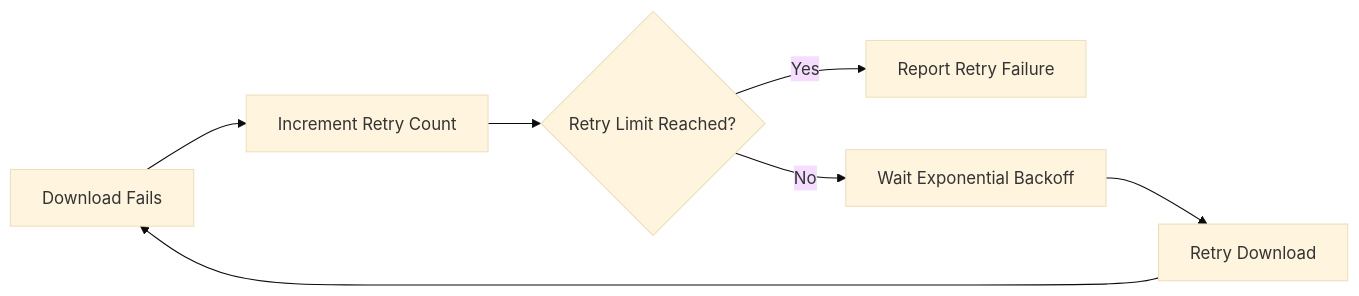
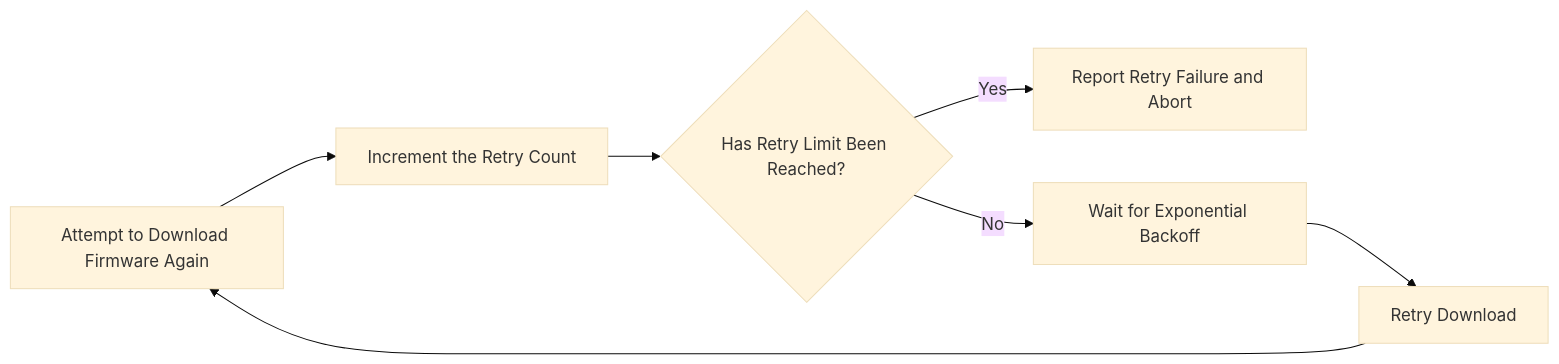
Before and after one commit to rdkcentral/rdkb-halif-fwupgrade: the sixth of 6 diagrams in docs/pages/FirmwareManagementhalSpec.md, drawn with Mermaid (base theme). The commit also changed other lines of this file, not shown here.

````diff
--- a/docs/pages/FirmwareManagementhalSpec.md
+++ b/docs/pages/FirmwareManagementhalSpec.md
@@ -289,9 +289,9 @@
 ```mermaid
 graph LR
-    A[Download Fails] --> B[Increment Retry Count]
-    B --> C{Retry Limit Reached?}
-    C --> |Yes| D[Report Retry Failure]
-    C --> |No| E[Wait Exponential Backoff]
+    A[Download Failed] --> B[Increment the Retry Count]
+    B --> C{Has Retry Limit Been Reached?}
+    C --> |Yes| D[Report Retry Failure and Abort]
+    C --> |No| E[Wait for Exponential Backoff]
     E --> F[Retry Download]
-    F --> A
+    F --> A[Attempt to Download Firmware Again]
 ```
````
